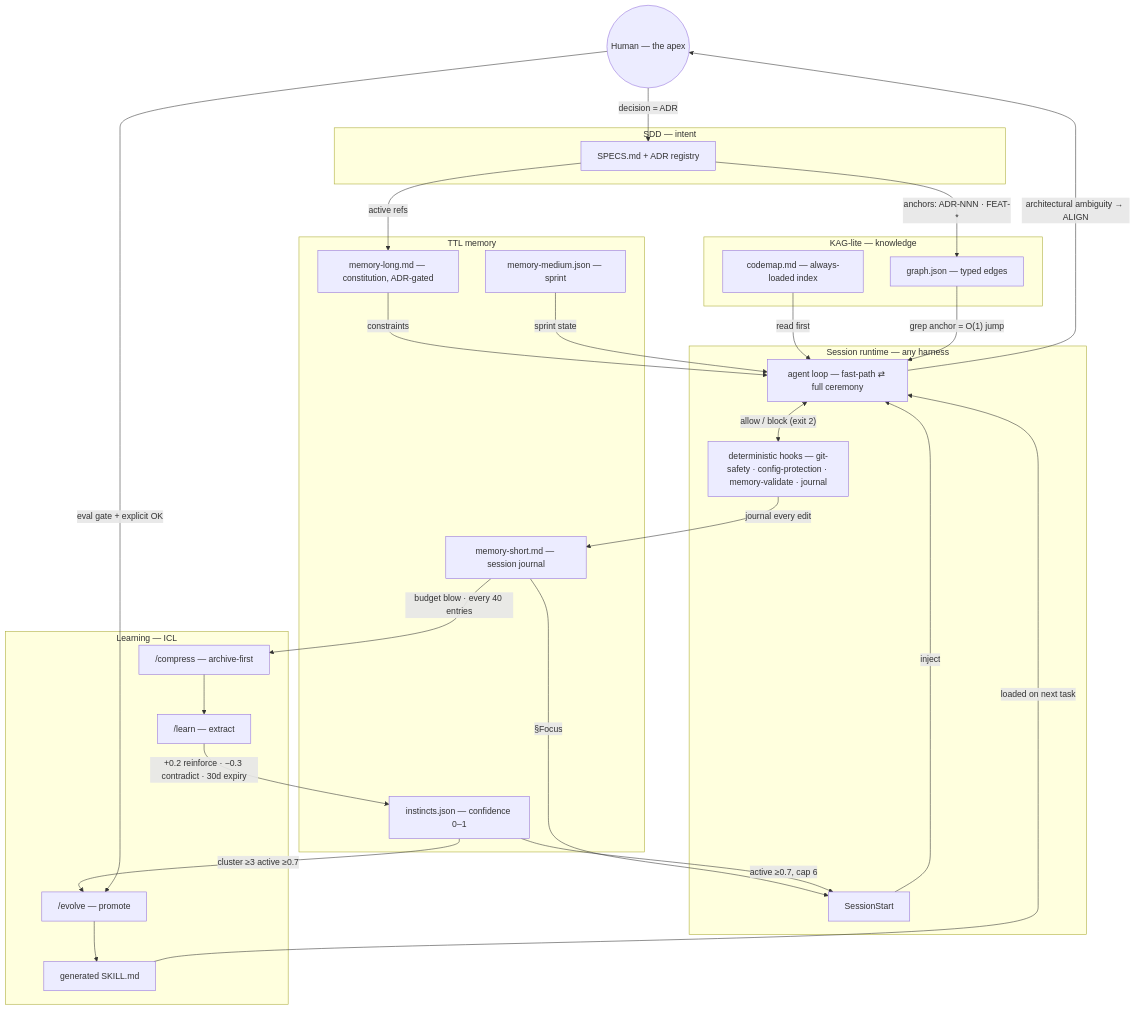
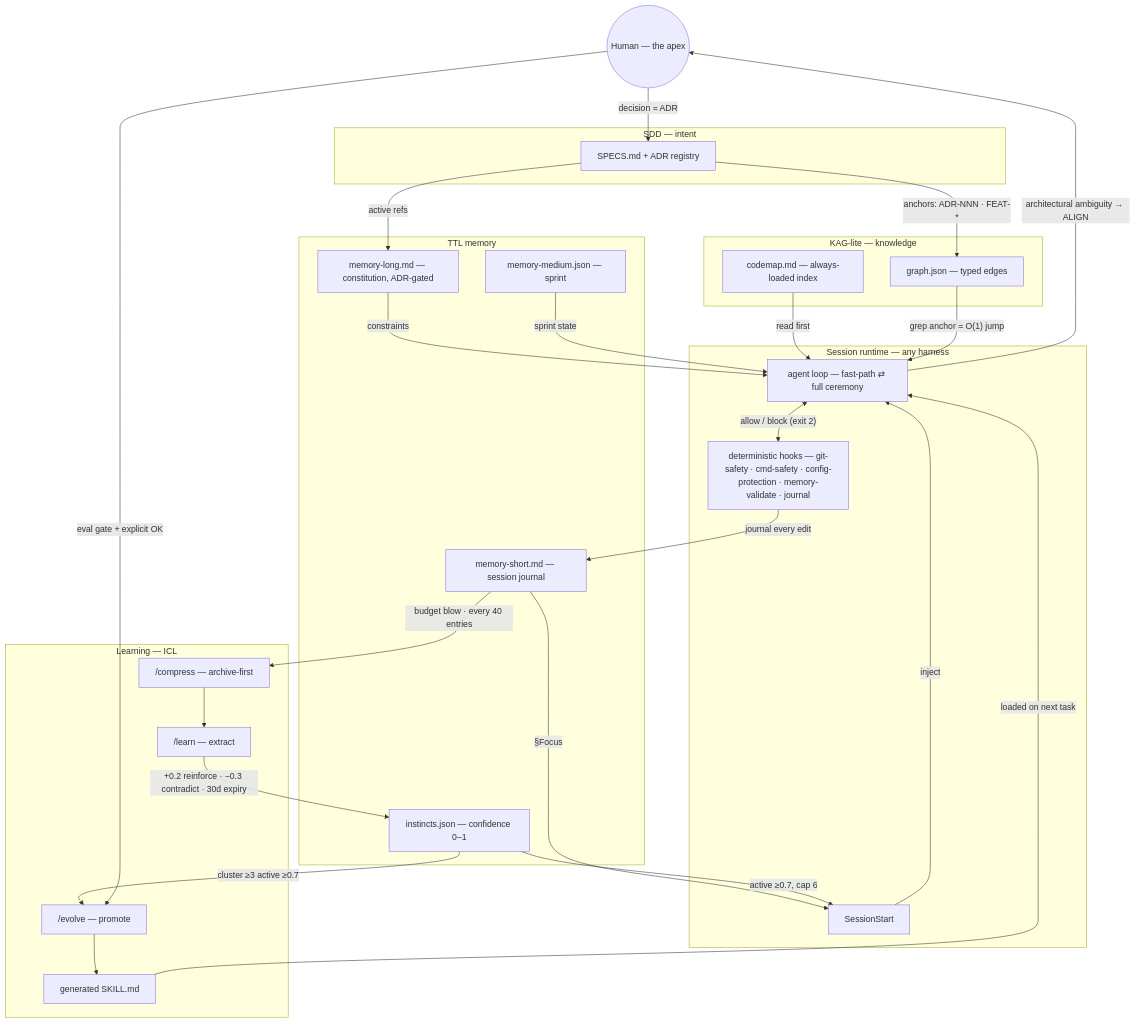
The diagram in README.md (Berserq-cloud/berserquir), drawn with Mermaid before and after one commit. The commit also changed other lines of this file and 19 other files, not shown here.

First line of the commit message:
fix: command-flow tiering + guardrail/skill enrichment (0.5.1)

````diff
--- a/README.md
+++ b/README.md
@@ -102,54 +102,54 @@
 ```mermaid
 flowchart TB
   HUMAN(("Human — the apex"))
 
   subgraph SDD["SDD — intent"]
     SPECS["SPECS.md + ADR registry"]
   end
 
   subgraph KAG["KAG-lite — knowledge"]
     MAP["codemap.md — always-loaded index"]
     GRAPH["graph.json — typed edges"]
   end
 
   subgraph MEM["TTL memory"]
     LONG["memory-long.md — constitution, ADR-gated"]
     MED["memory-medium.json — sprint"]
     SHORT["memory-short.md — session journal"]
     INST["instincts.json — confidence 0–1"]
   end
 
   subgraph RUN["Session runtime — any harness"]
     START["SessionStart"]
     AGENT["agent loop — fast-path ⇄ full ceremony"]
-    HOOKS["deterministic hooks — git-safety · config-protection · memory-validate · journal"]
+    HOOKS["deterministic hooks — git-safety · cmd-safety · config-protection · memory-validate · journal"]
   end
 
   subgraph LEARN["Learning — ICL"]
     COMPRESS["/compress — archive-first"]
     LEARNC["/learn — extract"]
     EVOLVE["/evolve — promote"]
     SKILL["generated SKILL.md"]
   end
 
   SHORT -->|"§Focus"| START
   INST -->|"active ≥0.7, cap 6"| START
   START -->|"inject"| AGENT
   MAP -->|"read first"| AGENT
   GRAPH -->|"grep anchor = O(1) jump"| AGENT
   LONG -->|"constraints"| AGENT
   MED -->|"sprint state"| AGENT
   AGENT <-->|"allow / block (exit 2)"| HOOKS
   HOOKS -->|"journal every edit"| SHORT
   AGENT -->|"architectural ambiguity → ALIGN"| HUMAN
   HUMAN -->|"decision = ADR"| SPECS
   SPECS -->|"anchors: ADR-NNN · FEAT-*"| GRAPH
   SPECS -->|"active refs"| LONG
   SHORT -->|"budget blow · every 40 entries"| COMPRESS
   COMPRESS --> LEARNC
   LEARNC -->|"+0.2 reinforce · −0.3 contradict · 30d expiry"| INST
   INST -->|"cluster ≥3 active ≥0.7"| EVOLVE
   HUMAN -->|"eval gate + explicit OK"| EVOLVE
   EVOLVE --> SKILL
   SKILL -->|"loaded on next task"| AGENT
 ```
````
